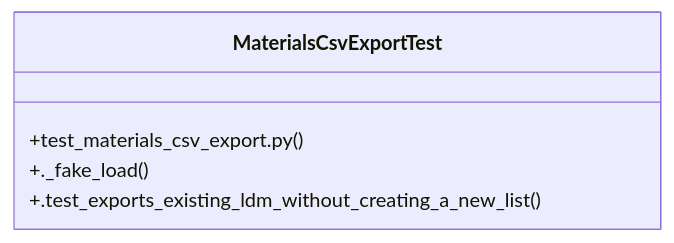
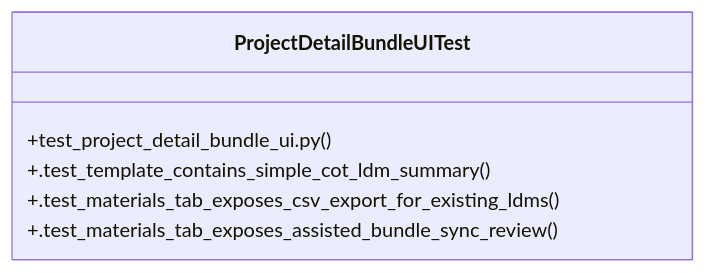
The diagram in graphify-out/wiki/Community_41.md (Daftrick/ProjectTracker), drawn with Mermaid before and after one commit. The commit also changed other lines of this file and 544 other files, not shown here.

````diff
--- a/graphify-out/wiki/Community_41.md
+++ b/graphify-out/wiki/Community_41.md
@@ -16,8 +16,9 @@
 ```mermaid
 classDiagram
-    class MaterialsCsvExportTest {
-        +test_materials_csv_export.py()
-        +._fake_load()
-        +.test_exports_existing_ldm_without_creating_a_new_list()
+    class ProjectDetailBundleUITest {
+        +test_project_detail_bundle_ui.py()
+        +.test_template_contains_simple_cot_ldm_summary()
+        +.test_materials_tab_exposes_csv_export_for_existing_ldms()
+        +.test_materials_tab_exposes_assisted_bundle_sync_review()
     }
 ```
````
